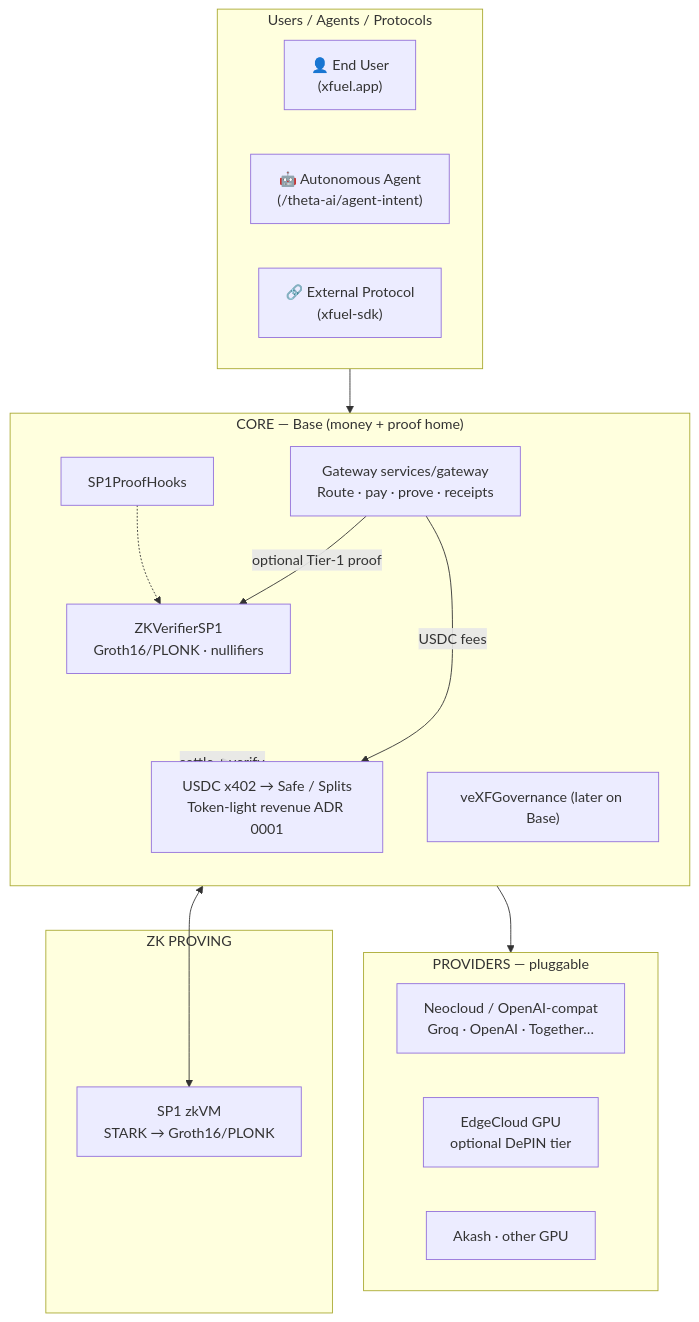
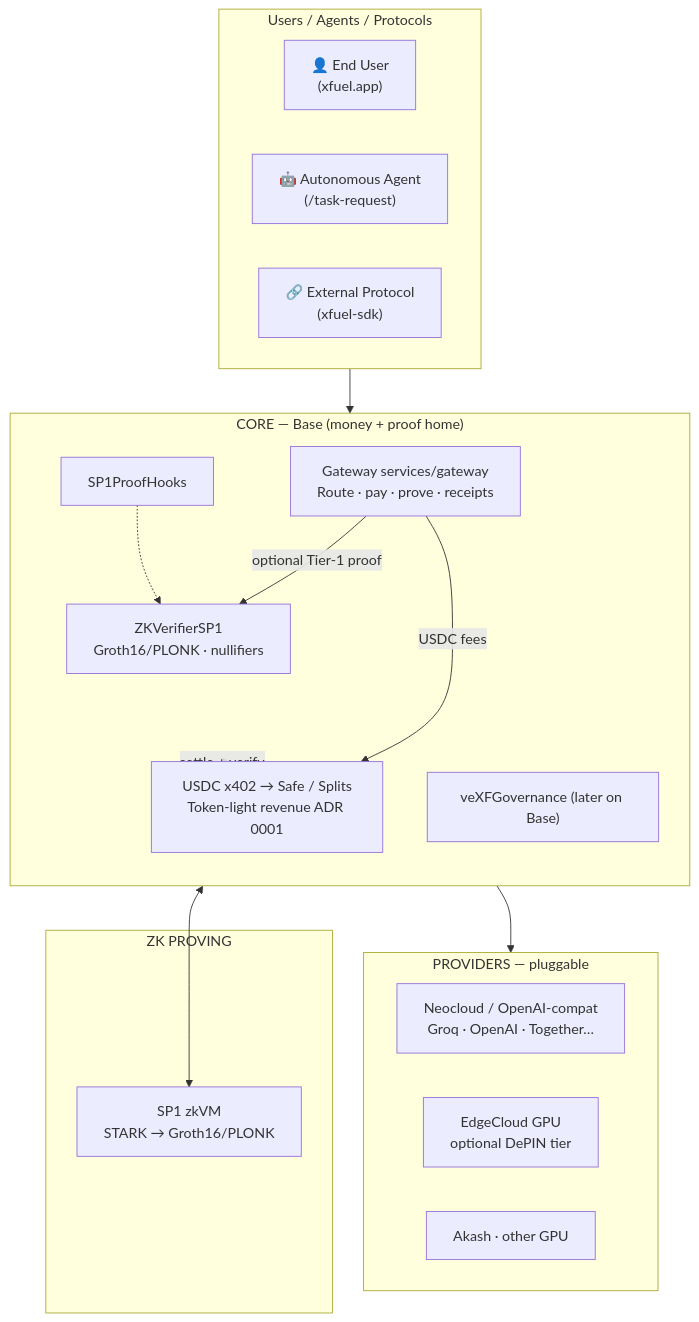
One commit to XFuel-Lab/chit402 changed the diagram in README.md. Above: the diagram before and after it, drawn with Mermaid. The commit also changed other lines of this file and 36 other files, not shown here.

````diff
--- a/README.md
+++ b/README.md
@@ -228,35 +232,35 @@
 ```mermaid
 flowchart TB
     subgraph Users["Users / Agents / Protocols"]
         U1["👤 End User\n(xfuel.app)"]
-        U2["🤖 Autonomous Agent\n(/theta-ai/agent-intent)"]
+        U2["🤖 Autonomous Agent\n(/task-request)"]
         U3["🔗 External Protocol\n(xfuel-sdk)"]
     end
 
     subgraph CoreLayer["CORE — Base (money + proof home)"]
         direction TB
         ZK["ZKVerifierSP1\nGroth16/PLONK · nullifiers"]
         PAY["USDC x402 → Safe / Splits\nToken-light revenue ADR 0001"]
         GOV["veXFGovernance (later on Base)"]
         HOOKS["SP1ProofHooks"]
         GW["Gateway services/gateway\nRoute · pay · prove · receipts"]
         HOOKS -.-> ZK
         GW -->|"optional Tier-1 proof"| ZK
         GW -->|"USDC fees"| PAY
     end
 
     subgraph Providers["PROVIDERS — pluggable"]
         NEO["Neocloud / OpenAI-compat\nGroq · OpenAI · Together…"]
         EDGE["EdgeCloud GPU\noptional DePIN tier"]
         AK["Akash · other GPU"]
     end
 
     subgraph Provers["ZK PROVING"]
         SP1["SP1 zkVM\nSTARK → Groth16/PLONK"]
     end
 
     Users --> GW
     GW --> Providers
     GW <--> SP1
     CoreLayer -->|"settle + verify"| PAY
 ```
````
